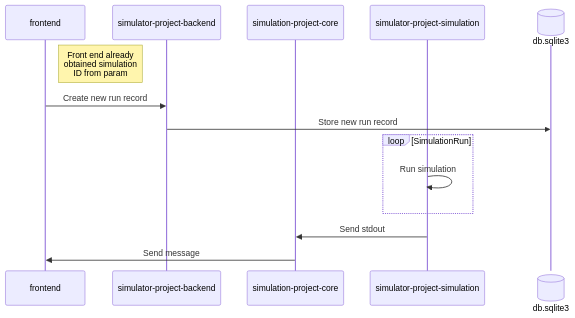
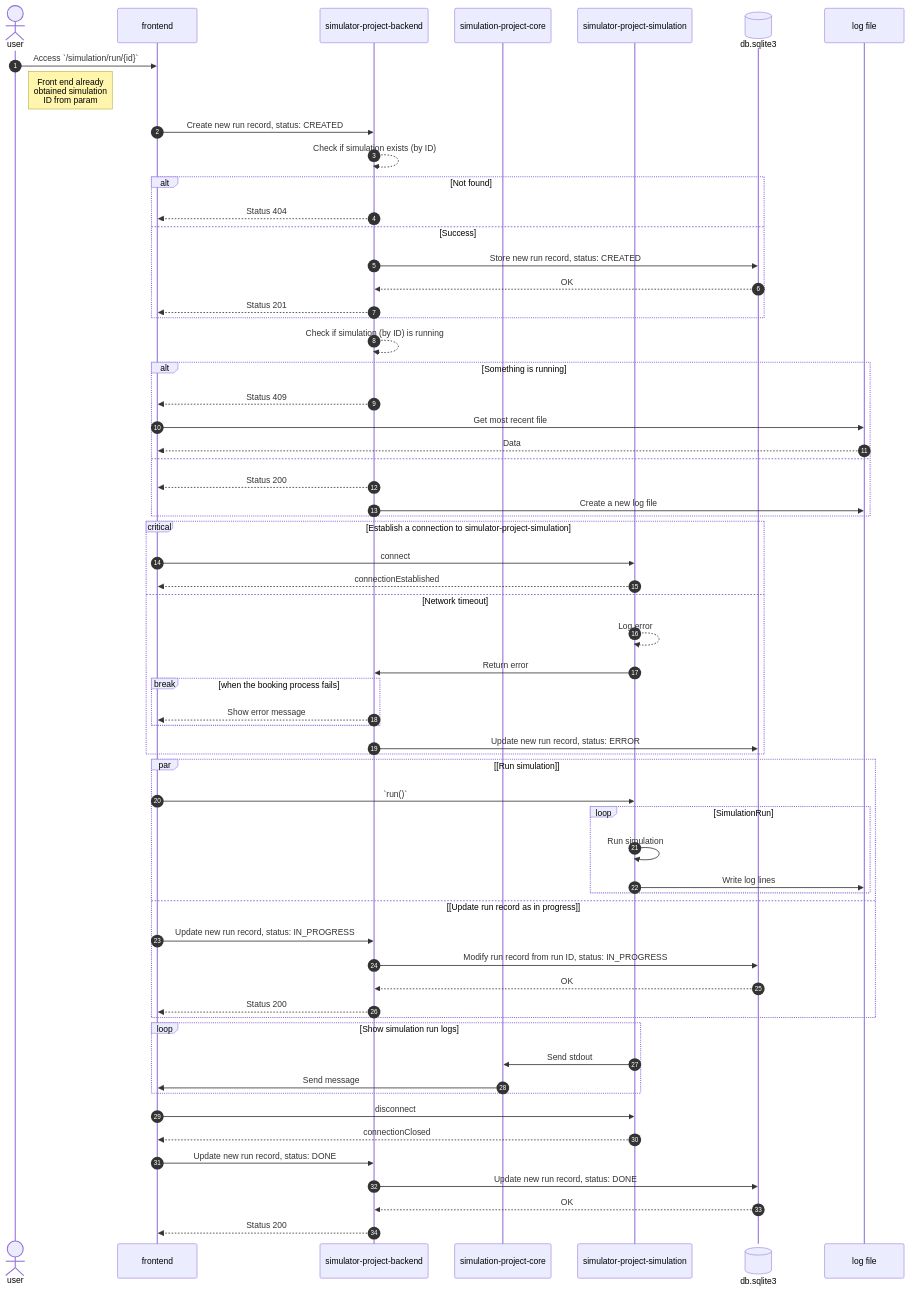
One commit to lt-shy-john/simulator-project changed the first of 2 diagrams in CONTRIBUTE.md. Above: the diagram before and after it, drawn with Mermaid. The commit also changed other lines of this file, not shown here.

Commit message:
Finish sequence diagram

````diff
--- a/CONTRIBUTE.md
+++ b/CONTRIBUTE.md
@@ -19,16 +19,64 @@
 ```mermaid
 sequenceDiagram
+    autonumber
+    actor user
     participant frontend
     participant simulator-project-backend
     participant simulation-project-core
     participant simulator-project-simulation
     participant db.sqlite3@{ "type" : "database" }
-    Note right of frontend: Front end already <br/>obtained simulation <br/>ID from param
-    frontend->>simulator-project-backend: Create new run record
-    simulator-project-backend->>db.sqlite3: Store new run record
+    participant log file
+    user->>frontend: Access `/simulation/run/{id}`
+    Note right of user: Front end already <br/>obtained simulation <br/>ID from param
+    frontend->>simulator-project-backend: Create new run record, status: CREATED
+    simulator-project-backend-->>simulator-project-backend: Check if simulation exists (by ID)
+    alt Not found
+        simulator-project-backend-->>frontend: Status 404
+    else Success
+        simulator-project-backend->>db.sqlite3: Store new run record, status: CREATED
+    	db.sqlite3-->>simulator-project-backend: OK
+    	simulator-project-backend-->>frontend: Status 201
+    end
+    simulator-project-backend-->>simulator-project-backend: Check if simulation (by ID) is running
+    alt Something is running
+        simulator-project-backend-->>frontend: Status 409
+    	frontend->>log file: Get most recent file
+    	log file-->>frontend: Data
+    else
+        simulator-project-backend-->>frontend: Status 200
+        simulator-project-backend->>log file: Create a new log file
+    end
+    critical Establish a connection to simulator-project-simulation
+    frontend->>simulator-project-simulation: connect
+    simulator-project-simulation-->>frontend: connectionEstablished
+    option Network timeout
+        simulator-project-simulation-->>simulator-project-simulation: Log error
+        simulator-project-simulation->>simulator-project-backend: Return error
+        break when the booking process fails
+        simulator-project-backend-->>frontend: Show error message
+    	end
+        simulator-project-backend->>db.sqlite3: Update new run record, status: ERROR
+    end
+    par [Run simulation]
+    frontend->>simulator-project-simulation: `run()`
     loop SimulationRun
         simulator-project-simulation->>simulator-project-simulation: Run simulation
+        simulator-project-simulation->>log file: Write log lines
     end
+    and [Update run record as in progress]
+    frontend->>simulator-project-backend: Update new run record, status: IN_PROGRESS
+    simulator-project-backend->>db.sqlite3: Modify run record from run ID, status: IN_PROGRESS
+    db.sqlite3-->>simulator-project-backend: OK
+    simulator-project-backend-->>frontend: Status 200
+    end    
+    loop Show simulation run logs
     simulator-project-simulation->>simulation-project-core: Send stdout
     simulation-project-core->>frontend: Send message
+    end
+    frontend->>simulator-project-simulation: disconnect
+    simulator-project-simulation-->>frontend: connectionClosed
+    frontend->>simulator-project-backend: Update new run record, status: DONE
+    simulator-project-backend->>db.sqlite3: Update new run record, status: DONE
+    db.sqlite3-->>simulator-project-backend: OK
+    simulator-project-backend-->>frontend: Status 200
 ```
````
